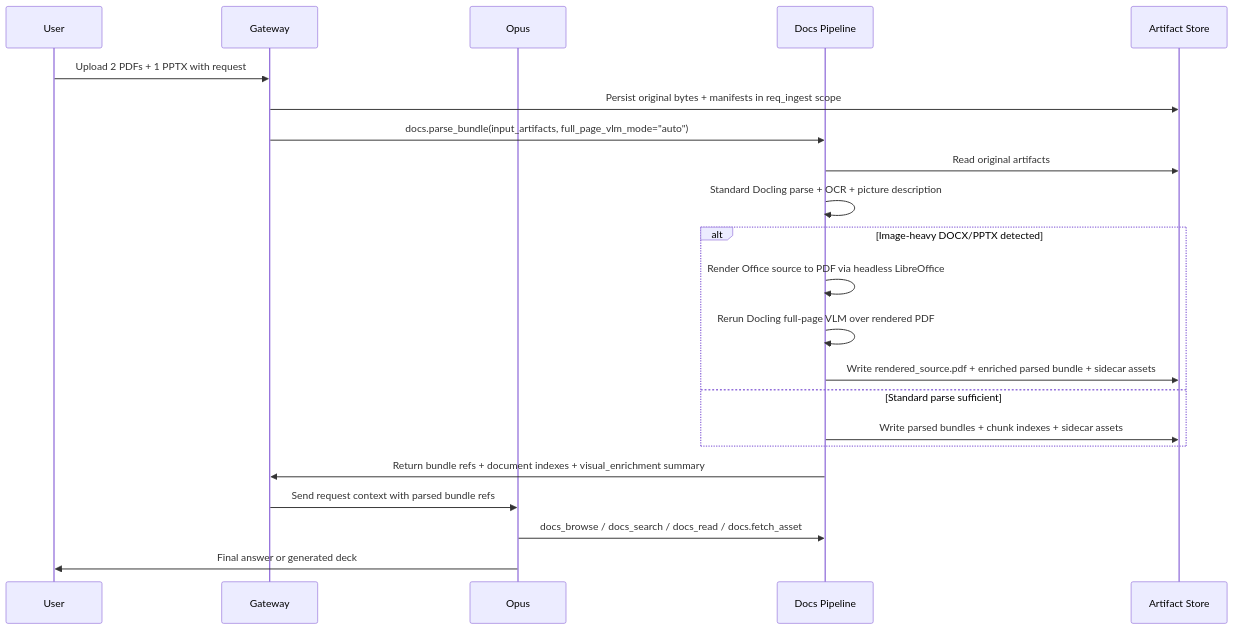
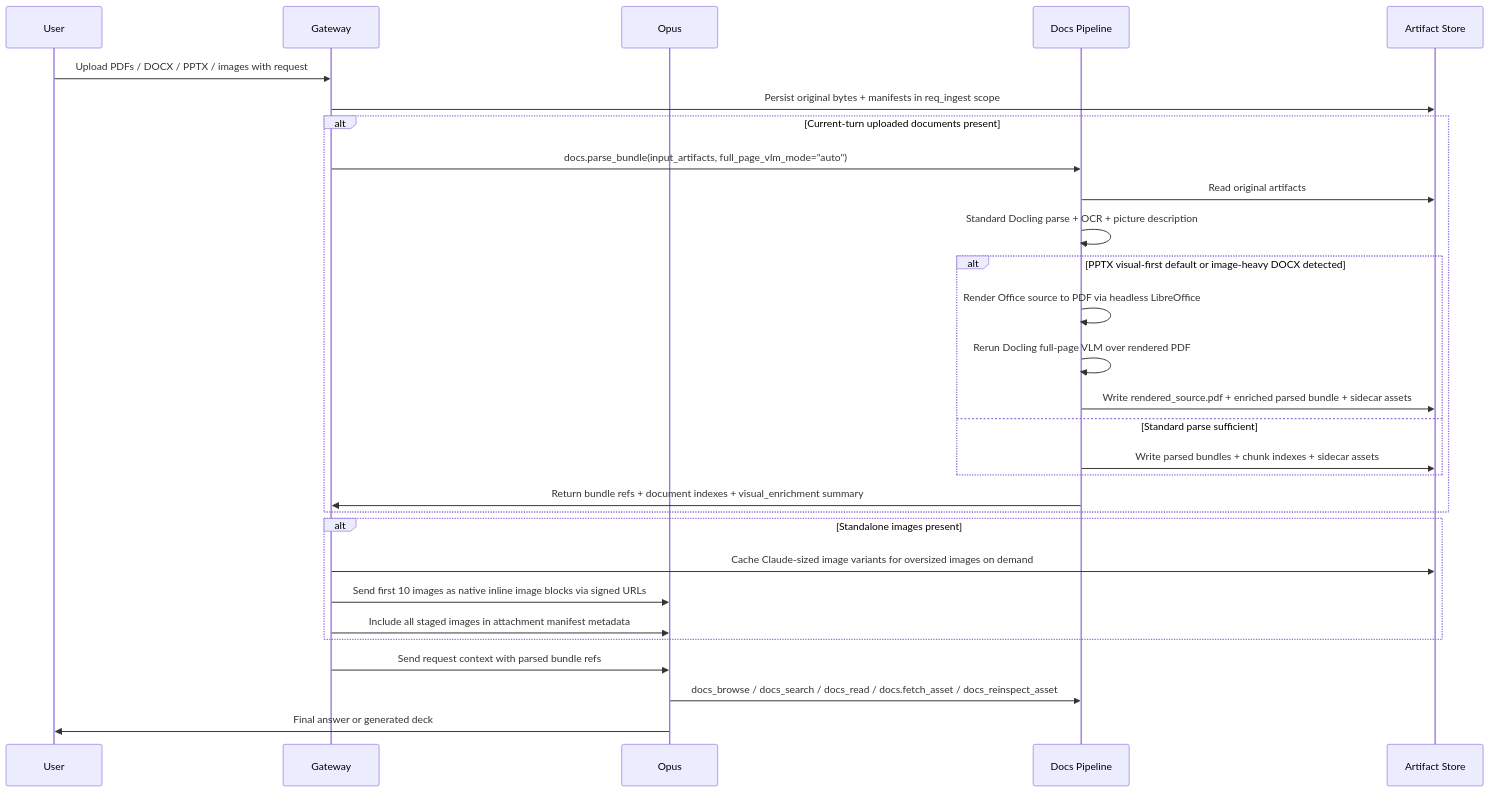
Before and after one commit to uspraveen/Cosmic-OS: the second of 3 diagrams in Backend/COSMIC_MULTIMODAL_DOCUMENT_PIPELINE_PLAN.md, drawn with Mermaid. The commit also changed other lines of this file and 31 other files, not shown here.

````diff
--- a/Backend/COSMIC_MULTIMODAL_DOCUMENT_PIPELINE_PLAN.md
+++ b/Backend/COSMIC_MULTIMODAL_DOCUMENT_PIPELINE_PLAN.md
@@ -592,25 +654,32 @@
 ```mermaid
 sequenceDiagram
     participant U as User
     participant G as Gateway
     participant O as Opus
     participant D as Docs Pipeline
     participant A as Artifact Store
 
-    U->>G: Upload 2 PDFs + 1 PPTX with request
+    U->>G: Upload PDFs / DOCX / PPTX / images with request
     G->>A: Persist original bytes + manifests in req_ingest scope
-    G->>D: docs.parse_bundle(input_artifacts, full_page_vlm_mode="auto")
-    D->>A: Read original artifacts
-    D->>D: Standard Docling parse + OCR + picture description
-    alt Image-heavy DOCX/PPTX detected
-        D->>D: Render Office source to PDF via headless LibreOffice
-        D->>D: Rerun Docling full-page VLM over rendered PDF
-        D->>A: Write rendered_source.pdf + enriched parsed bundle + sidecar assets
-    else Standard parse sufficient
-        D->>A: Write parsed bundles + chunk indexes + sidecar assets
+    alt Current-turn uploaded documents present
+        G->>D: docs.parse_bundle(input_artifacts, full_page_vlm_mode="auto")
+        D->>A: Read original artifacts
+        D->>D: Standard Docling parse + OCR + picture description
+        alt PPTX visual-first default or image-heavy DOCX detected
+            D->>D: Render Office source to PDF via headless LibreOffice
+            D->>D: Rerun Docling full-page VLM over rendered PDF
+            D->>A: Write rendered_source.pdf + enriched parsed bundle + sidecar assets
+        else Standard parse sufficient
+            D->>A: Write parsed bundles + chunk indexes + sidecar assets
+        end
+        D->>G: Return bundle refs + document indexes + visual_enrichment summary
     end
-    D->>G: Return bundle refs + document indexes + visual_enrichment summary
+    alt Standalone images present
+        G->>A: Cache Claude-sized image variants for oversized images on demand
+        G->>O: Send first 10 images as native inline image blocks via signed URLs
+        G->>O: Include all staged images in attachment manifest metadata
+    end
     G->>O: Send request context with parsed bundle refs
-    O->>D: docs_browse / docs_search / docs_read / docs.fetch_asset
+    O->>D: docs_browse / docs_search / docs_read / docs.fetch_asset / docs_reinspect_asset
     O->>U: Final answer or generated deck
 ```
````
